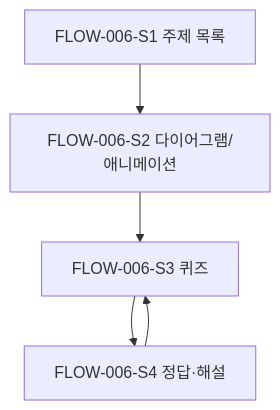
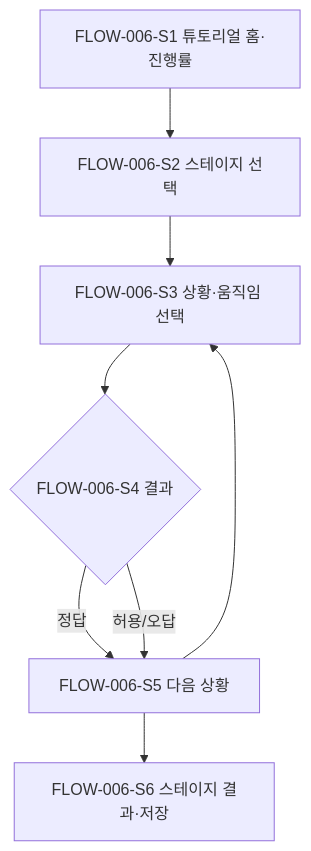
The sixth of 8 diagrams in docs/planning/04-user-flows.md (hoik-ryu/badminton-playbook), drawn with Mermaid before and after one commit. The commit also changed other lines of this file and 5 other files, not shown here.

````diff
--- a/docs/planning/04-user-flows.md
+++ b/docs/planning/04-user-flows.md
@@ -181,7 +207,10 @@
 ```mermaid
 flowchart TD
-  S1[FLOW-006-S1 주제 목록] --> S2[FLOW-006-S2 다이어그램/애니메이션]
-  S2 --> S3[FLOW-006-S3 퀴즈]
-  S3 --> S4[FLOW-006-S4 정답·해설]
-  S4 --> S3
+  S1[FLOW-006-S1 튜토리얼 홈·진행률] --> S2[FLOW-006-S2 스테이지 선택]
+  S2 --> S3[FLOW-006-S3 상황·움직임 선택]
+  S3 --> S4{FLOW-006-S4 결과}
+  S4 -- 정답 --> S5[FLOW-006-S5 다음 상황]
+  S4 -- 허용/오답 --> S5
+  S5 --> S3
+  S5 --> S6[FLOW-006-S6 스테이지 결과·저장]
 ```
````
